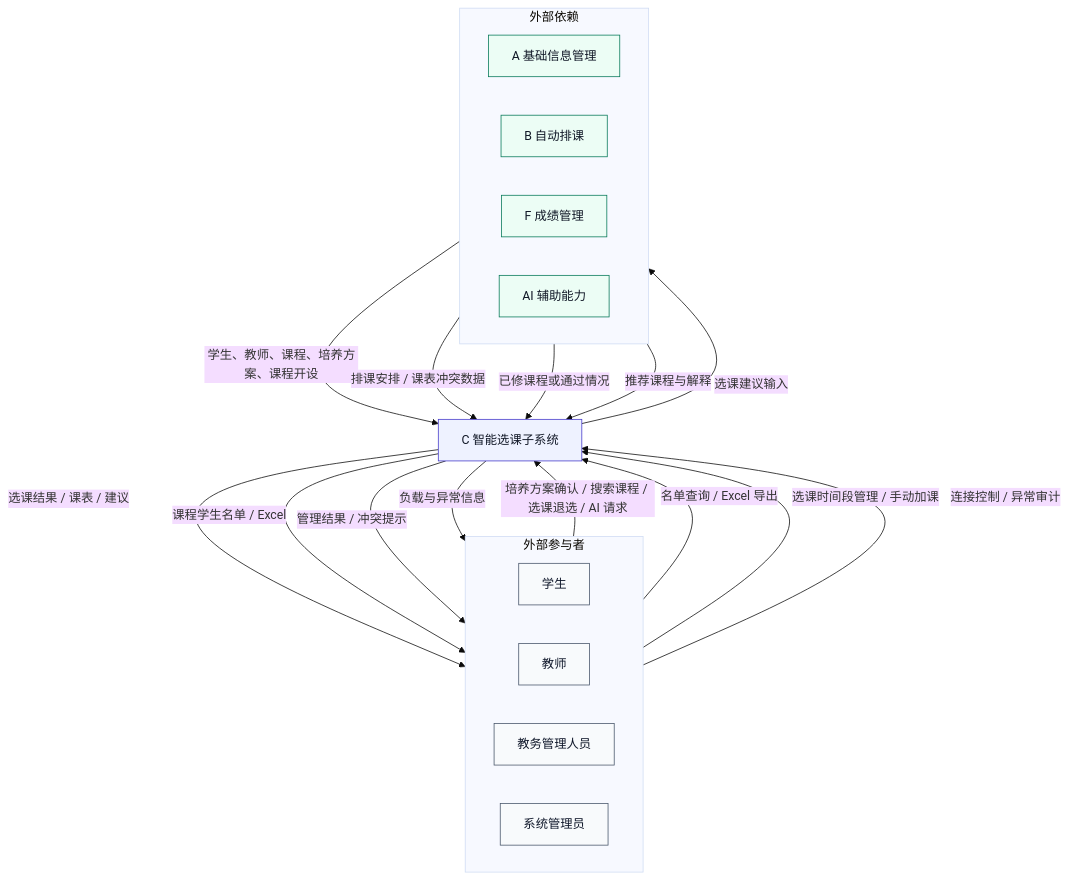
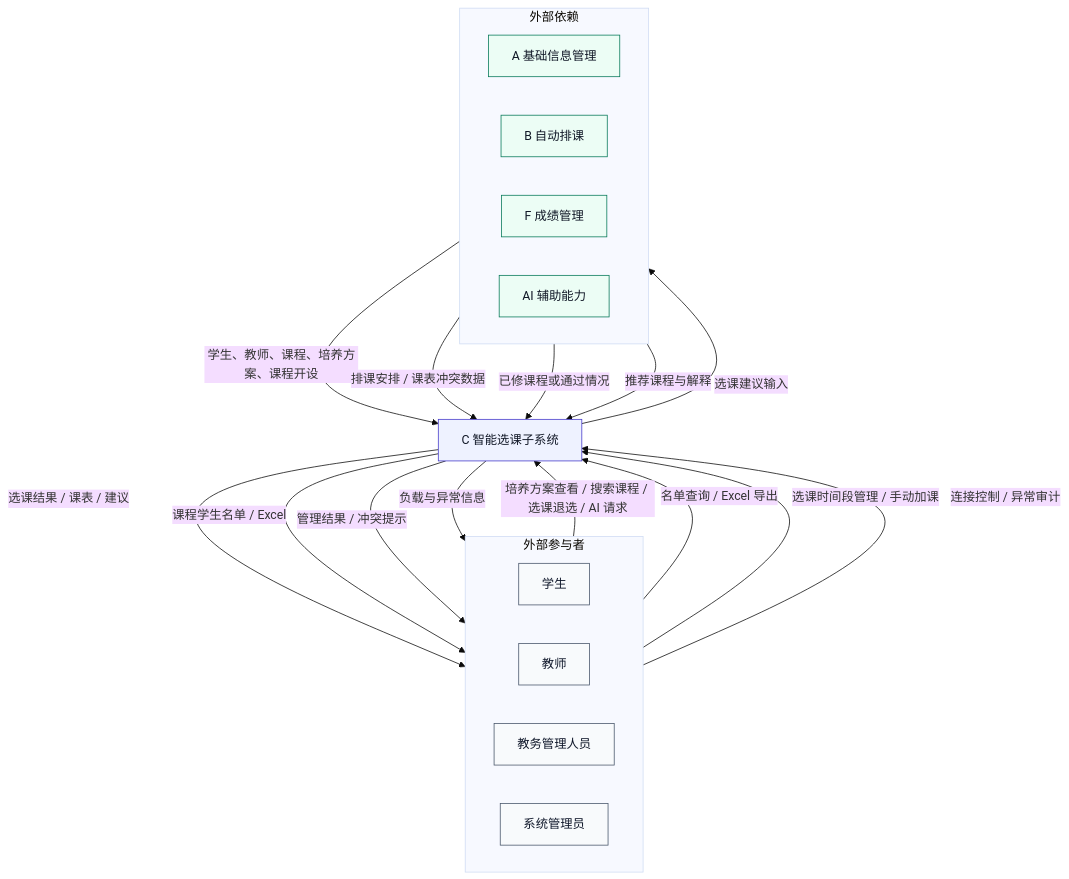
One commit to EmergentTwilight/Smart-Teaching-Service-System changed the first of 5 diagrams in docs/srs/C-smart-course-selection-srs.md. Above: the diagram before and after it, drawn with Mermaid (base theme). The commit also changed other lines of this file, not shown here.

````diff
--- a/docs/srs/C-smart-course-selection-srs.md
+++ b/docs/srs/C-smart-course-selection-srs.md
@@ -210,44 +210,44 @@
 ```mermaid
 flowchart TB
     classDef actor fill:#f8fafc,stroke:#475569,color:#0f172a
     classDef core fill:#eef2ff,stroke:#4338ca,color:#111827
     classDef module fill:#ecfdf5,stroke:#047857,color:#111827
 
     subgraph actors["外部参与者"]
         direction LR
         student["学生"]
         teacher["教师"]
         academicAdmin["教务管理人员"]
         systemAdmin["系统管理员"]
     end
 
     C["C 智能选课子系统"]
 
     subgraph upstream["外部依赖"]
         direction LR
         A["A 基础信息管理"]
         B["B 自动排课"]
         F["F 成绩管理"]
         AI["AI 辅助能力"]
     end
 
-    student -- "培养方案确认 / 搜索课程 / 选课退选 / AI 请求" --> C
+    student -- "培养方案查看 / 搜索课程 / 选课退选 / AI 请求" --> C
     teacher -- "名单查询 / Excel 导出" --> C
     academicAdmin -- "选课时间段管理 / 手动加课" --> C
     systemAdmin -- "连接控制 / 异常审计" --> C
 
     A -- "学生、教师、课程、培养方案、课程开设" --> C
     B -- "排课安排 / 课表冲突数据" --> C
     F -- "已修课程或通过情况" --> C
     C -- "选课建议输入" --> AI
     AI -- "推荐课程与解释" --> C
 
     C -- "选课结果 / 课表 / 建议" --> student
     C -- "课程学生名单 / Excel" --> teacher
     C -- "管理结果 / 冲突提示" --> academicAdmin
     C -- "负载与异常信息" --> systemAdmin
 
     class student,teacher,academicAdmin,systemAdmin actor
     class C core
     class A,B,F,AI module
 ```
````
